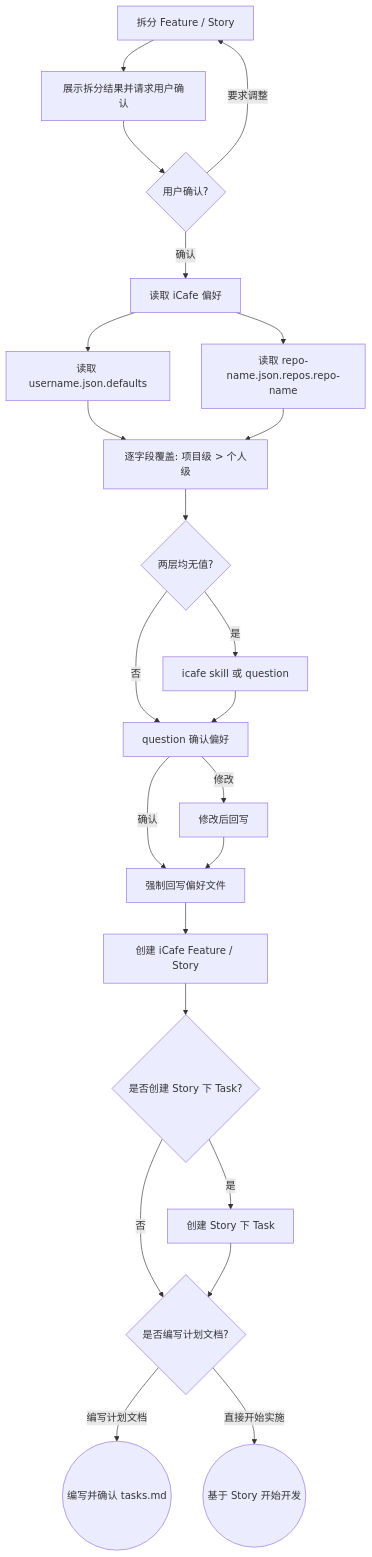
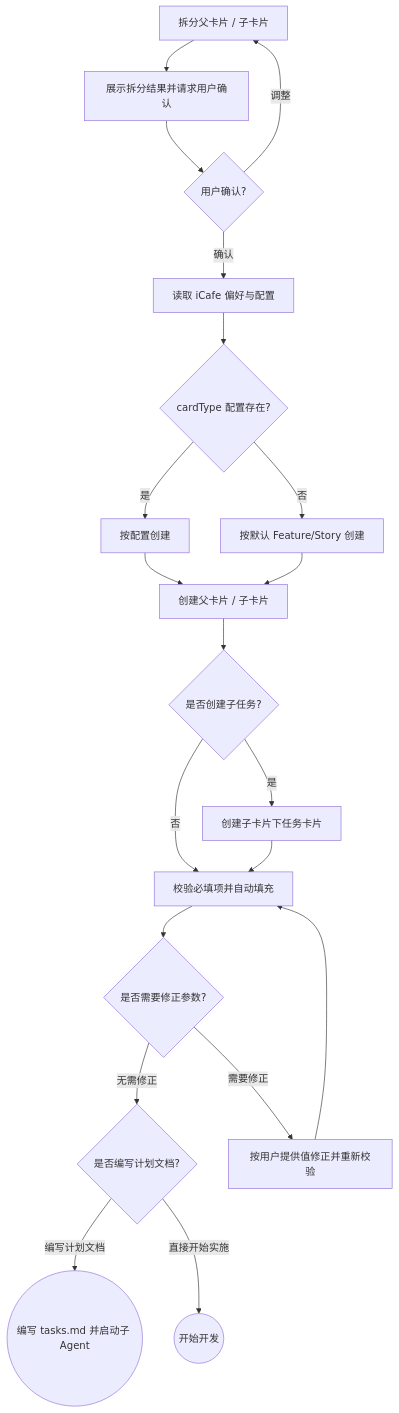
Before and after one commit to BaiduComate/mission-flow: the diagram in skills/split/SKILL.md, drawn with Mermaid. The commit also changed other lines of this file and 1 other file, not shown here.

Commit message:
feat(icafe-kno): 新增 icafe-kno skill 并完善 split 拆分说明

````diff
--- a/skills/split/SKILL.md
+++ b/skills/split/SKILL.md
@@ -226,25 +343,22 @@
 ```mermaid
 flowchart TD
-    B[拆分 Feature / Story] --> C[展示拆分结果并请求用户确认]
-    C --> D{用户确认?}
-    D -->|要求调整| B
-    D -->|确认| E[读取 iCafe 偏好]
-    E --> P1[读取 username.json.defaults]
-    E --> P2[读取 repo-name.json.repos.repo-name]
-    P1 --> M[逐字段覆盖: 项目级 > 个人级]
-    P2 --> M
-    M --> Q{两层均无值?}
-    Q -->|是| R[icafe skill 或 question]
-    Q -->|否| CONF[question 确认偏好]
-    R --> CONF
-    CONF -->|确认| WRITE[强制回写偏好文件]
-    CONF -->|修改| EDIT[修改后回写]
-    EDIT --> WRITE
-    WRITE --> F[创建 iCafe Feature / Story]
-    F --> T{是否创建 Story 下 Task?}
-    T -->|是| U[创建 Story 下 Task]
-    T -->|否| G{是否编写计划文档?}
-    U --> G
-    G -->|编写计划文档| H((编写并确认 tasks.md))
-    G -->|直接开始实施| I((基于 Story 开始开发))
+    A[拆分父卡片 / 子卡片] --> B[展示拆分结果并请求用户确认]
+    B --> C{用户确认?}
+    C -->|调整| A
+    C -->|确认| D[读取 iCafe 偏好与配置]
+    D --> E{cardType 配置存在?}
+    E -->|是| F[按配置创建]
+    E -->|否| G[按默认 Feature/Story 创建]
+    F --> H[创建父卡片 / 子卡片]
+    G --> H
+    H --> I{是否创建子任务?}
+    I -->|是| J[创建子卡片下任务卡片]
+    I -->|否| K[校验必填项并自动填充]
+    J --> K
+    K --> L{是否需要修正参数?}
+    L -->|无需修正| M{是否编写计划文档?}
+    L -->|需要修正| N[按用户提供值修正并重新校验]
+    N --> K
+    M -->|编写计划文档| O((编写 tasks.md 并启动子 Agent))
+    M -->|直接开始实施| P((开始开发))
 ```
````
